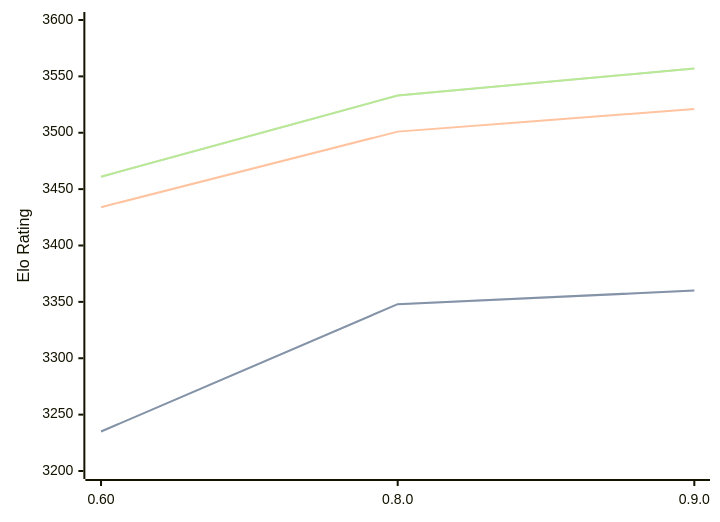
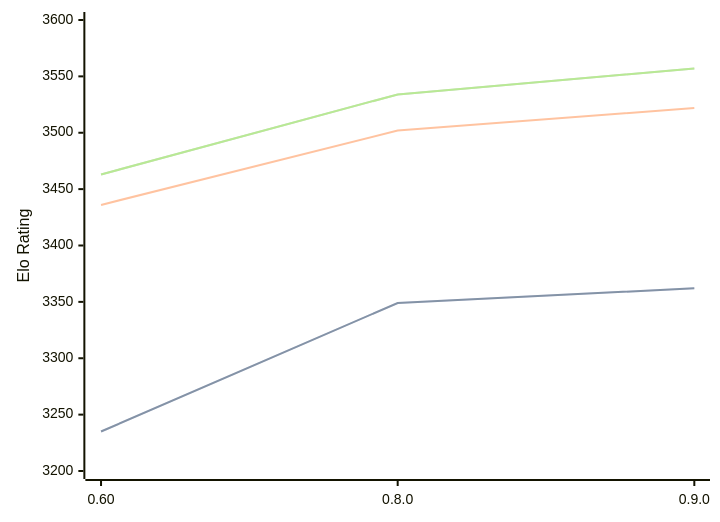
The diagram in engines/Motor.md (computer-chess-index/cci), drawn with Mermaid before and after one commit. The commit also changed other lines of this file, not shown here.

Commit message:
Update CCI Ratings (ELO VLTC) - 2026-04-07

````diff
--- a/engines/Motor.md
+++ b/engines/Motor.md
@@ -39,11 +39,11 @@
 ```mermaid
 %%{init: {"theme":"base","themeVariables":{"seriesColors:['#a3a3a3','#222221','#faa371']}}}%%
 xychart-beta
   x-axis ["0.60", "0.8.0", "0.9.0"]
   y-axis "Elo Rating" 3200 --> 3600
-  line "STC (8.0+0.08s)" [3235, 3348, 3360]
-  line "STC (8.0+0.08s)" [3235, 3348, 3360]
-  line "LTC (60.0+0.60s)" [3434, 3501, 3521]
-  line "VLTC (2m24s+1.12s)" [3461, 3533, 3557]
-  line "VLTC (2m24s+1.12s)" [3461, 3533, 3557]
+  line "STC (8.0+0.08s)" [3235, 3349, 3362]
+  line "STC (8.0+0.08s)" [3235, 3349, 3362]
+  line "LTC (60.0+0.60s)" [3436, 3502, 3522]
+  line "VLTC (2m24s+1.12s)" [3463, 3534, 3557]
+  line "VLTC (2m24s+1.12s)" [3463, 3534, 3557]
 ```
````
